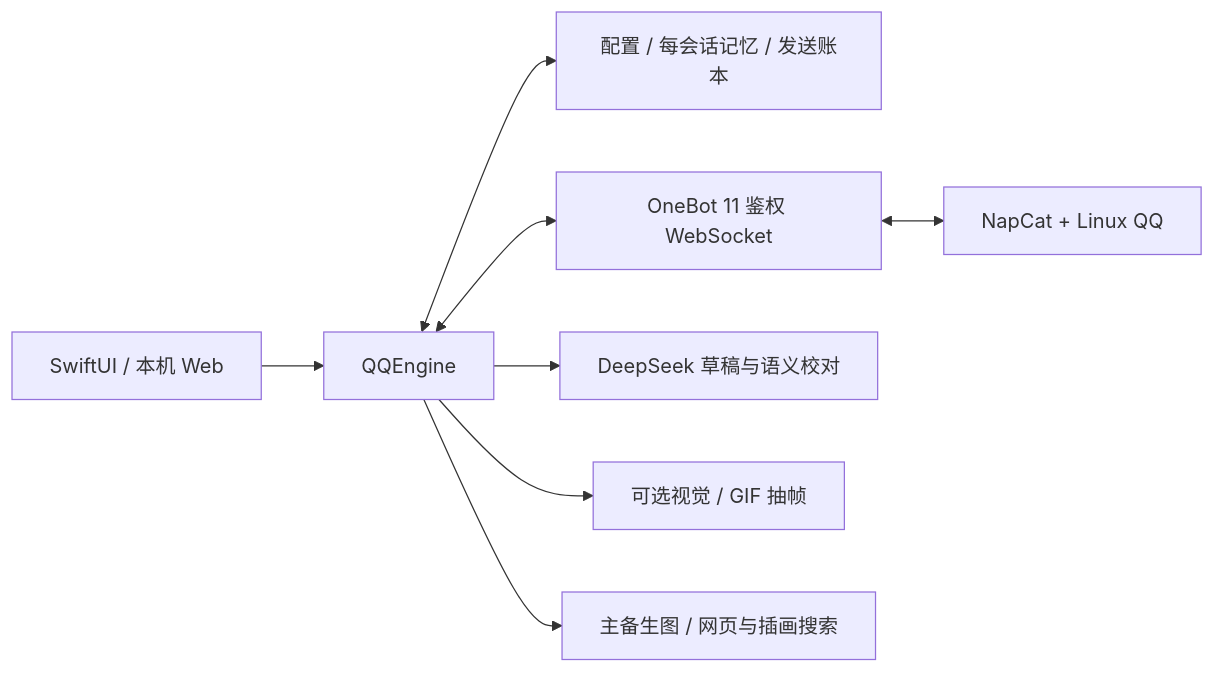
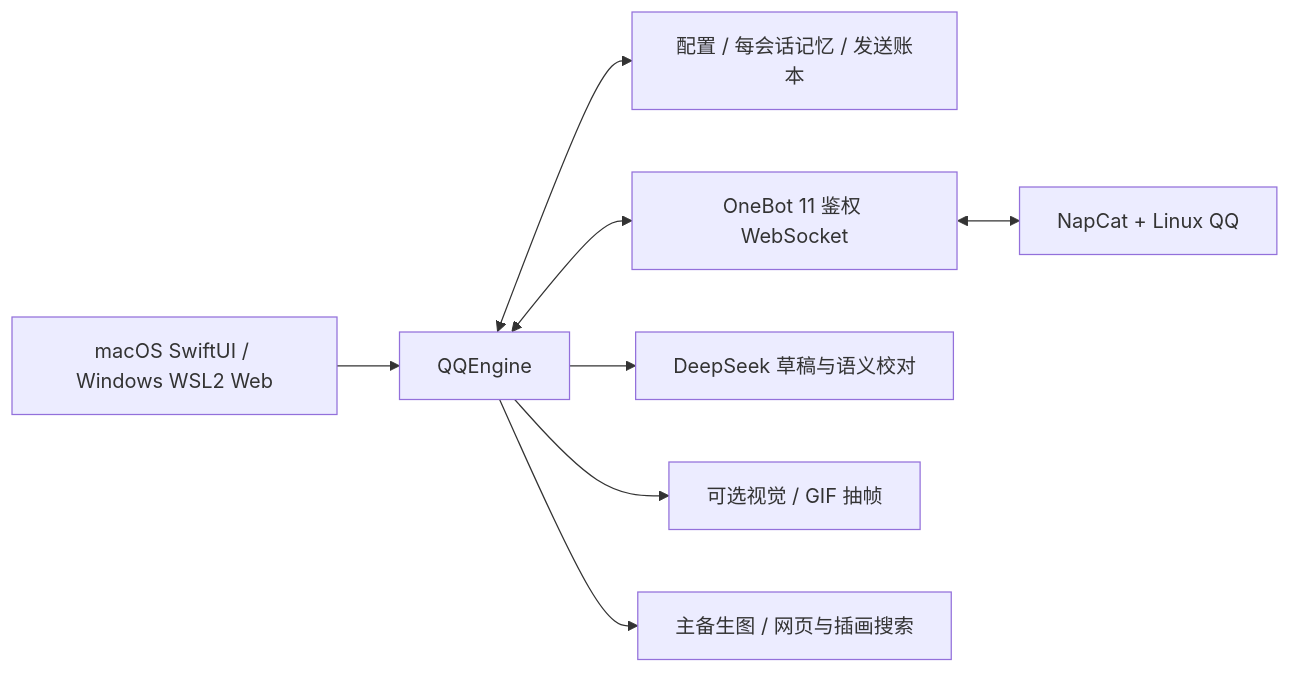
The diagram in docs/ARCHITECTURE.md (SAKURAfan1023/dafeiyu-bot), drawn with Mermaid before and after one commit. The commit also changed other lines of this file and 47 other files, not shown here.

First line of the commit message:
feat: support QQ bot on Windows through WSL2 and the Web panel (#1)

````diff
--- a/docs/ARCHITECTURE.md
+++ b/docs/ARCHITECTURE.md
@@ -3,10 +3,10 @@
 ```mermaid
 flowchart LR
-  UI[SwiftUI / 本机 Web] --> Engine[QQEngine]
+  UI[macOS SwiftUI / Windows WSL2 Web] --> Engine[QQEngine]
   Engine <--> Store[配置 / 每会话记忆 / 发送账本]
   Engine <--> OB[OneBot 11 鉴权 WebSocket]
   OB <--> NC[NapCat + Linux QQ]
   Engine --> DS[DeepSeek 草稿与语义校对]
   Engine --> Vision[可选视觉 / GIF 抽帧]
   Engine --> Images[主备生图 / 网页与插画搜索]
 ```
````
